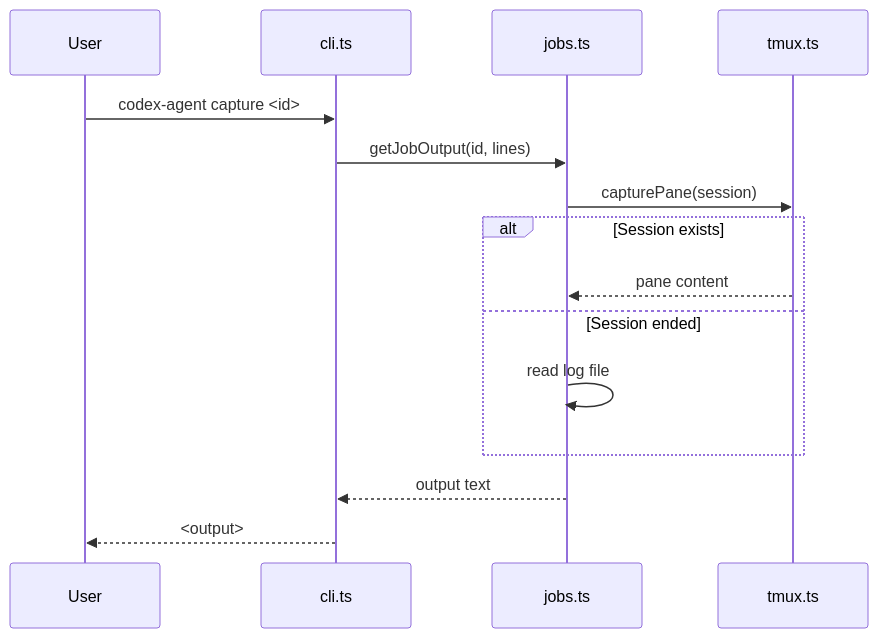
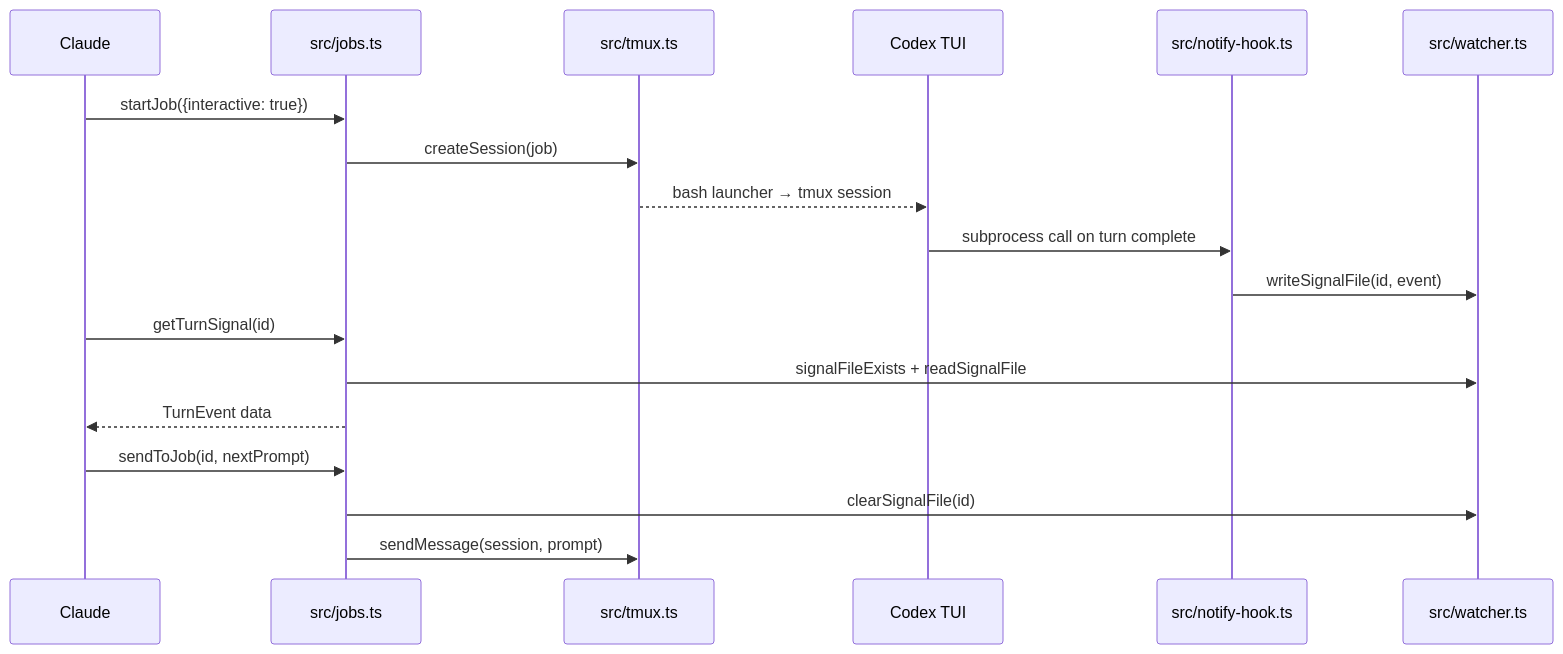
The third of 4 diagrams in docs/CODEBASE_MAP.md (yelban/codex-orchestrator), drawn with Mermaid before and after one commit. The commit also changed other lines of this file and 2 other files, not shown here.

````diff
--- a/docs/CODEBASE_MAP.md
+++ b/docs/CODEBASE_MAP.md
@@ -231,18 +480,21 @@
 ```mermaid
 sequenceDiagram
-    participant User
-    participant CLI as cli.ts
-    participant Jobs as jobs.ts
-    participant Tmux as tmux.ts
+    participant Claude
+    participant Jobs as src/jobs.ts
+    participant Tmux as src/tmux.ts
+    participant Codex as Codex TUI
+    participant Hook as src/notify-hook.ts
+    participant Watch as src/watcher.ts
 
-    User->>CLI: codex-agent capture <id>
-    CLI->>Jobs: getJobOutput(id, lines)
-    Jobs->>Tmux: capturePane(session)
-    alt Session exists
-        Tmux-->>Jobs: pane content
-    else Session ended
-        Jobs->>Jobs: read log file
-    end
-    Jobs-->>CLI: output text
-    CLI-->>User: <output>
+    Claude->>Jobs: startJob({interactive: true})
+    Jobs->>Tmux: createSession(job)
+    Tmux-->>Codex: bash launcher → tmux session
+    Codex->>Hook: subprocess call on turn complete
+    Hook->>Watch: writeSignalFile(id, event)
+    Claude->>Jobs: getTurnSignal(id)
+    Jobs->>Watch: signalFileExists + readSignalFile
+    Jobs-->>Claude: TurnEvent data
+    Claude->>Jobs: sendToJob(id, nextPrompt)
+    Jobs->>Watch: clearSignalFile(id)
+    Jobs->>Tmux: sendMessage(session, prompt)
 ```
````
